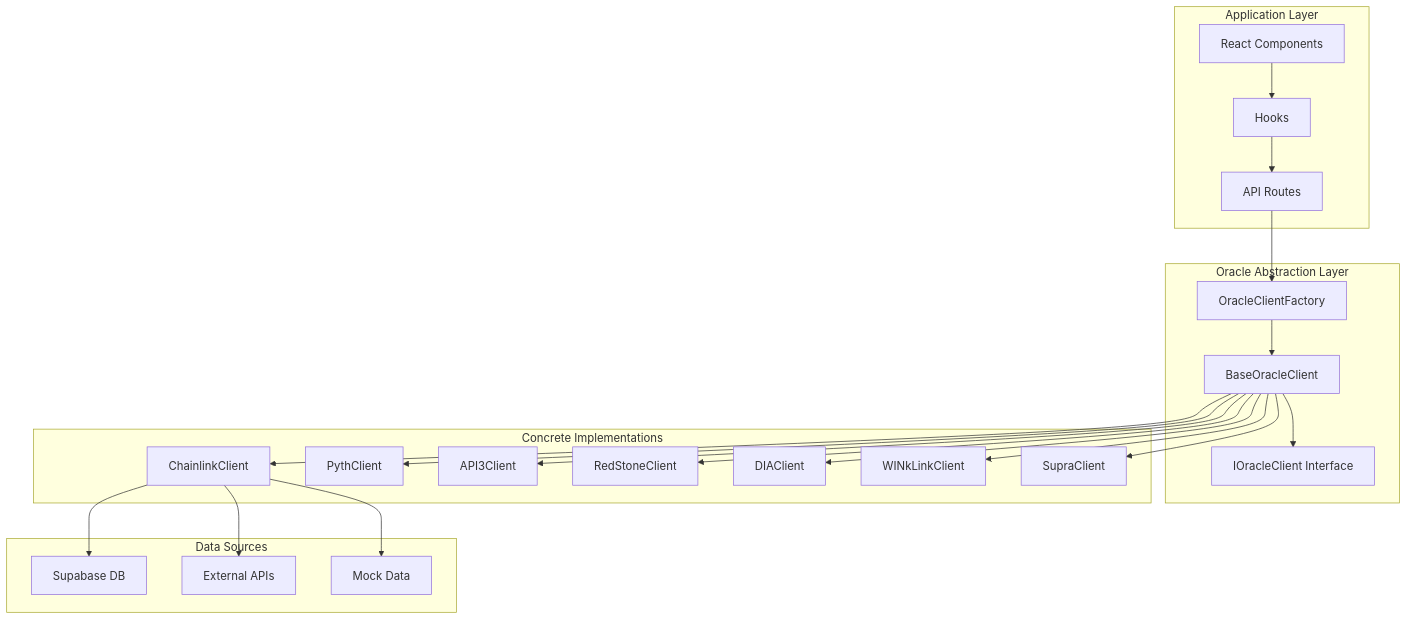
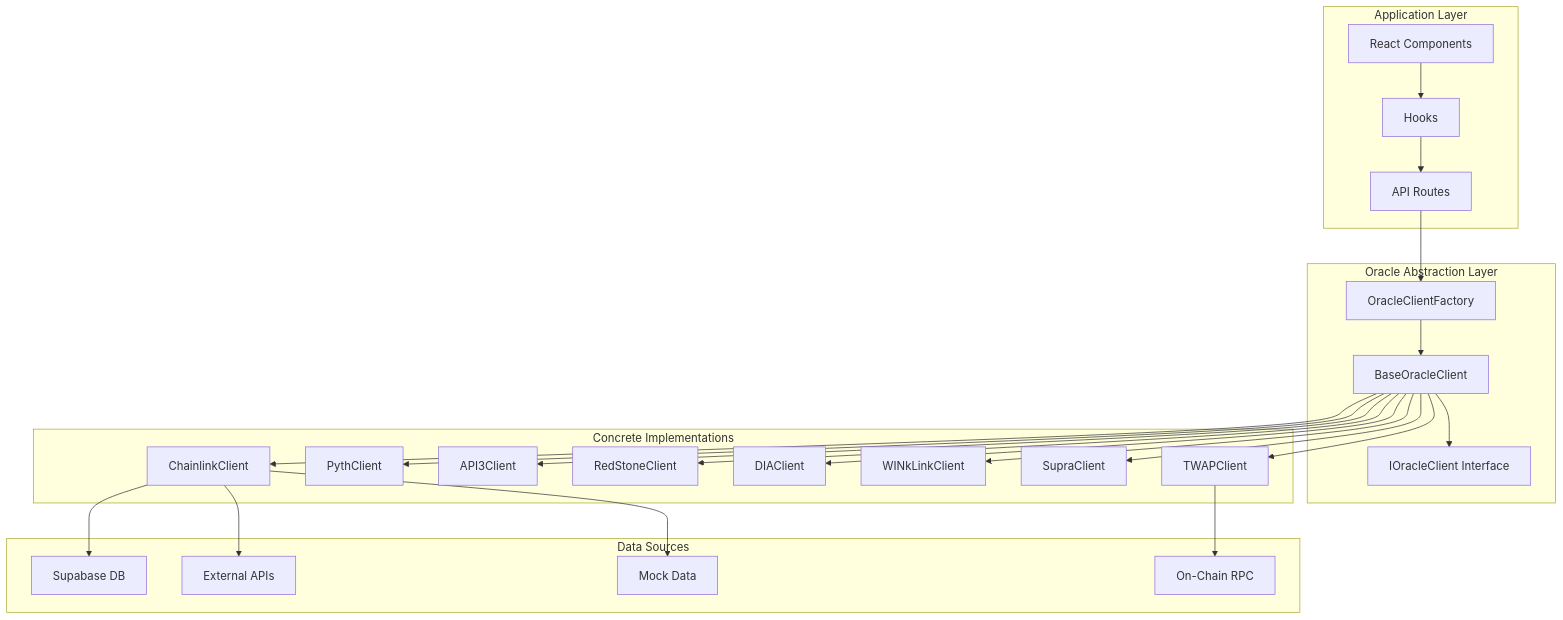
Before and after one commit to imokokok/Insight: the first of 3 diagrams in docs/architecture/oracles.md, drawn with Mermaid. The commit also changed other lines of this file and 103 other files, not shown here.

````diff
--- a/docs/architecture/oracles.md
+++ b/docs/architecture/oracles.md
@@ -33,46 +34,50 @@
 ```mermaid
 graph TB
     subgraph Application["Application Layer"]
         A[React Components]
         B[Hooks]
         C[API Routes]
     end
 
     subgraph OracleLayer["Oracle Abstraction Layer"]
         D[OracleClientFactory]
         E[BaseOracleClient]
         F[IOracleClient Interface]
     end
 
     subgraph Implementations["Concrete Implementations"]
         G[ChainlinkClient]
         H[PythClient]
         I[API3Client]
         J[RedStoneClient]
         K[DIAClient]
         L[WINkLinkClient]
         M[SupraClient]
+        N[TWAPClient]
     end
 
     subgraph DataSources["Data Sources"]
         Q[Supabase DB]
         R[External APIs]
         S[Mock Data]
+        T[On-Chain RPC]
     end
 
     A --> B
     B --> C
     C --> D
     D --> E
     E --> F
     E --> G
     E --> H
     E --> I
     E --> J
     E --> K
     E --> L
     E --> M
+    E --> N
     G --> Q
     G --> R
     G --> S
+    N --> T
 ```
````
